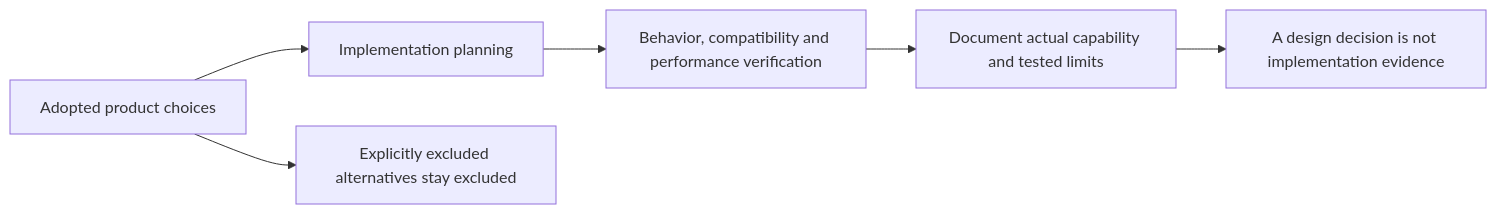
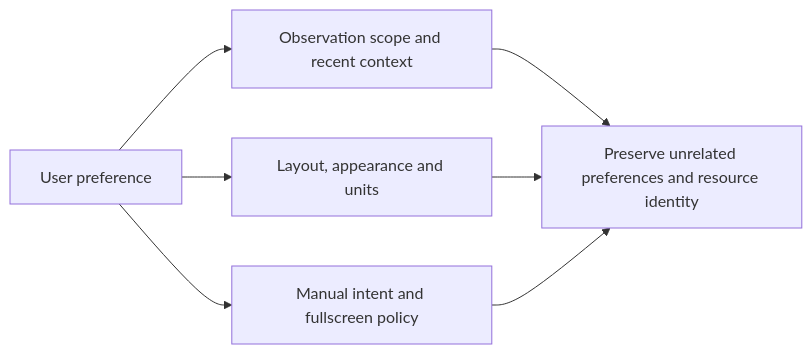
One commit to Wh1isper/MyFinder changed the fourth of 4 diagrams in spec/06-settings.md. Above: the diagram before and after it, drawn with Mermaid. The commit also changed other lines of this file and 48 other files, not shown here.

````diff
--- a/spec/06-settings.md
+++ b/spec/06-settings.md
@@ -92,8 +80,9 @@
 ```mermaid
 flowchart LR
-    Baseline["Adopted product choices"] --> Plan["Implementation planning"]
-    Baseline --> Scope["Explicitly excluded alternatives stay excluded"]
-    Plan --> Evidence["Behavior, compatibility and performance verification"]
-    Evidence --> Report["Document actual capability and tested limits"]
-    Report --> Honest["A design decision is not implementation evidence"]
+    Choice["User preference"] --> Collection["Observation scope and recent context"]
+    Choice --> Presentation["Layout, appearance and units"]
+    Choice --> Visibility["Manual intent and fullscreen policy"]
+    Collection --> Preserve["Preserve unrelated preferences and resource identity"]
+    Presentation --> Preserve
+    Visibility --> Preserve
 ```
````
